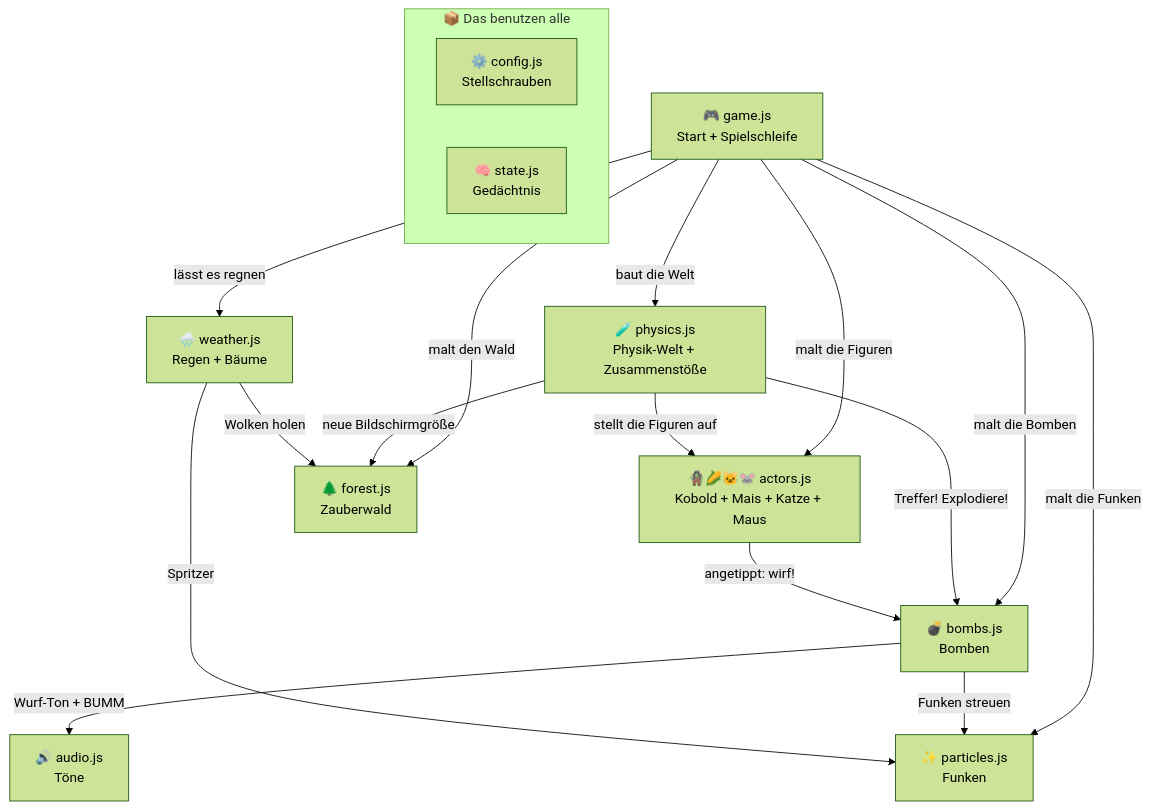
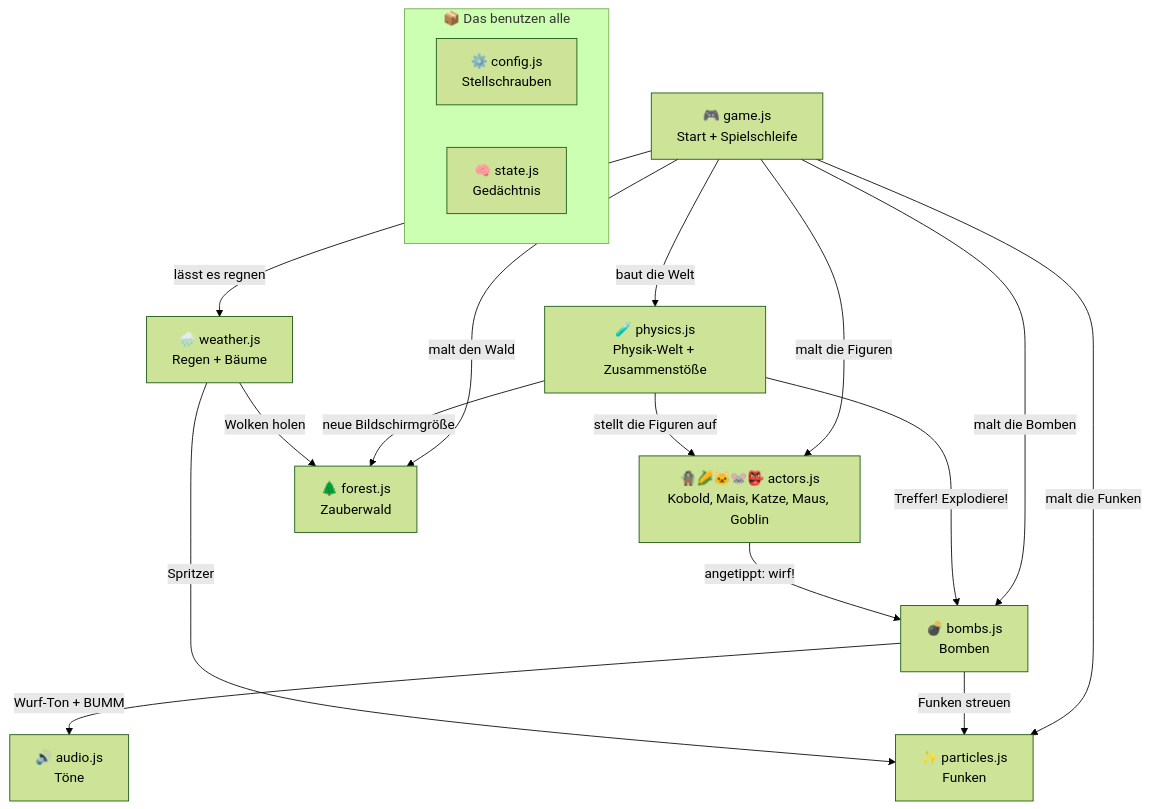
Before and after one commit to felixinberlin/Jugendklub-Lieberose: the diagram in js/README.md, drawn with Mermaid (forest theme). The commit also changed other lines of this file and 6 other files, not shown here.

````diff
--- a/js/README.md
+++ b/js/README.md
@@ -29,33 +29,33 @@
 ```mermaid
 flowchart TD
     game["🎮 game.js<br/>Start + Spielschleife"]
     physics["🧪 physics.js<br/>Physik-Welt + Zusammenstöße"]
-    actors["🧌🌽🐱🐭 actors.js<br/>Kobold + Mais + Katze + Maus"]
+    actors["🧌🌽🐱🐭👺 actors.js<br/>Kobold, Mais, Katze, Maus, Goblin"]
     bombs["💣 bombs.js<br/>Bomben"]
     forest["🌲 forest.js<br/>Zauberwald"]
     particles["✨ particles.js<br/>Funken"]
     weather["🌧️ weather.js<br/>Regen + Bäume"]
     audio["🔊 audio.js<br/>Töne"]
 
     game -->|"baut die Welt"| physics
     game -->|"malt den Wald"| forest
     game -->|"lässt es regnen"| weather
     game -->|"malt die Figuren"| actors
     game -->|"malt die Bomben"| bombs
     game -->|"malt die Funken"| particles
 
     physics -->|"stellt die Figuren auf"| actors
     physics -->|"Treffer! Explodiere!"| bombs
     physics -->|"neue Bildschirmgröße"| forest
 
     actors -->|"angetippt: wirf!"| bombs
     bombs -->|"Funken streuen"| particles
     bombs -->|"Wurf-Ton + BUMM"| audio
     weather -->|"Spritzer"| particles
     weather -->|"Wolken holen"| forest
 
     subgraph alle ["📦 Das benutzen alle"]
         config["⚙️ config.js<br/>Stellschrauben"]
         state["🧠 state.js<br/>Gedächtnis"]
     end
 ```
````
